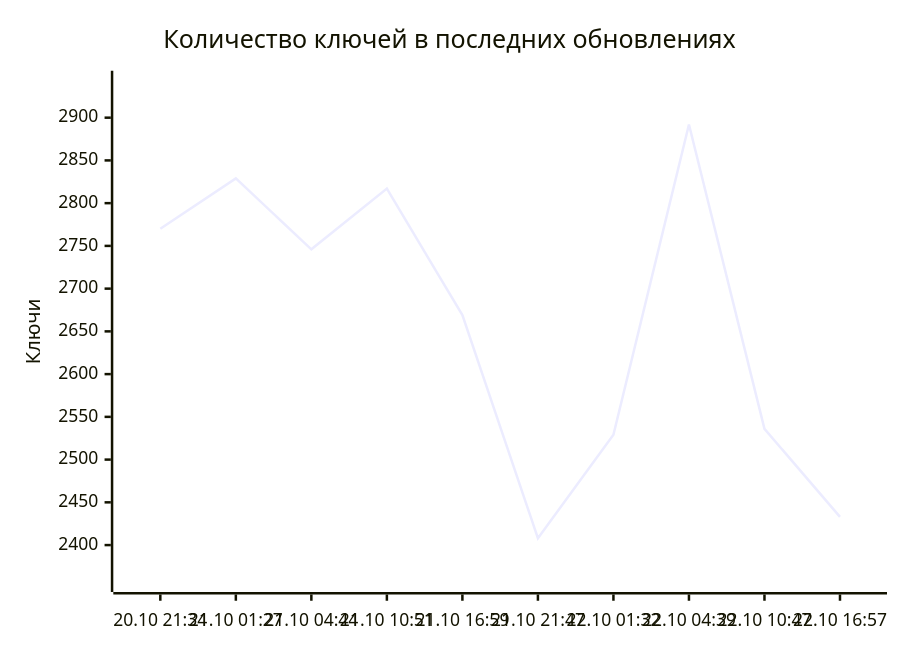
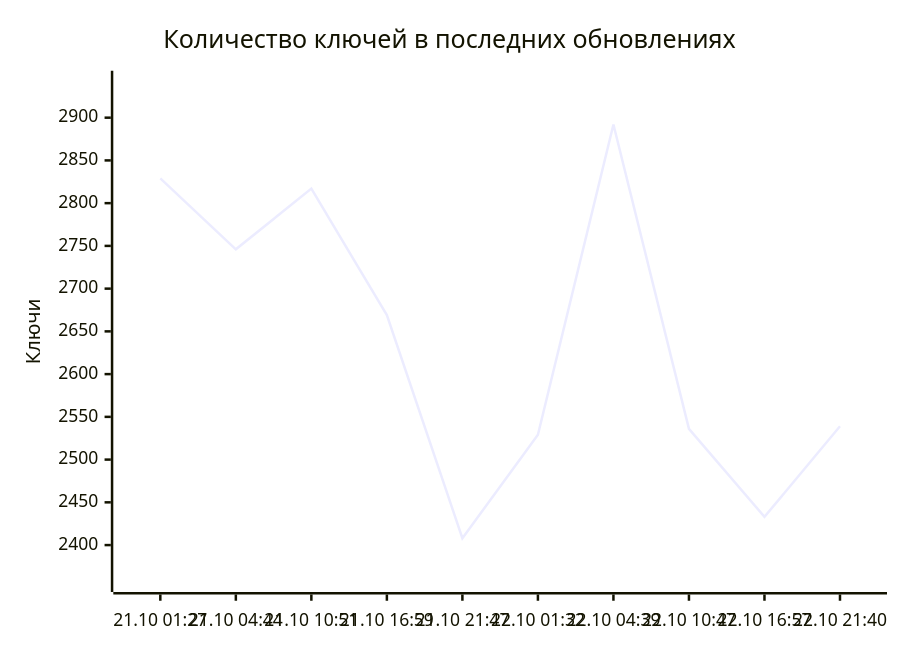
The diagram in README.md (markKikhtenko/WireVeil), drawn with Mermaid before and after one commit. The commit also changed other lines of this file and 13 other files, not shown here.

````diff
--- a/README.md
+++ b/README.md
@@ -55,7 +55,7 @@
 ```mermaid
 xychart-beta
     title "Количество ключей в последних обновлениях"
-    x-axis ["20.10 21:34", "21.10 01:27", "21.10 04:44", "21.10 10:51", "21.10 16:59", "21.10 21:47", "22.10 01:32", "22.10 04:39", "22.10 10:47", "22.10 16:57"]
+    x-axis ["21.10 01:27", "21.10 04:44", "21.10 10:51", "21.10 16:59", "21.10 21:47", "22.10 01:32", "22.10 04:39", "22.10 10:47", "22.10 16:57", "22.10 21:40"]
     y-axis "Ключи" 2359 --> 2941
-    line [2770, 2829, 2746, 2817, 2669, 2408, 2529, 2892, 2536, 2433]
+    line [2829, 2746, 2817, 2669, 2408, 2529, 2892, 2536, 2433, 2539]
 ```
````
